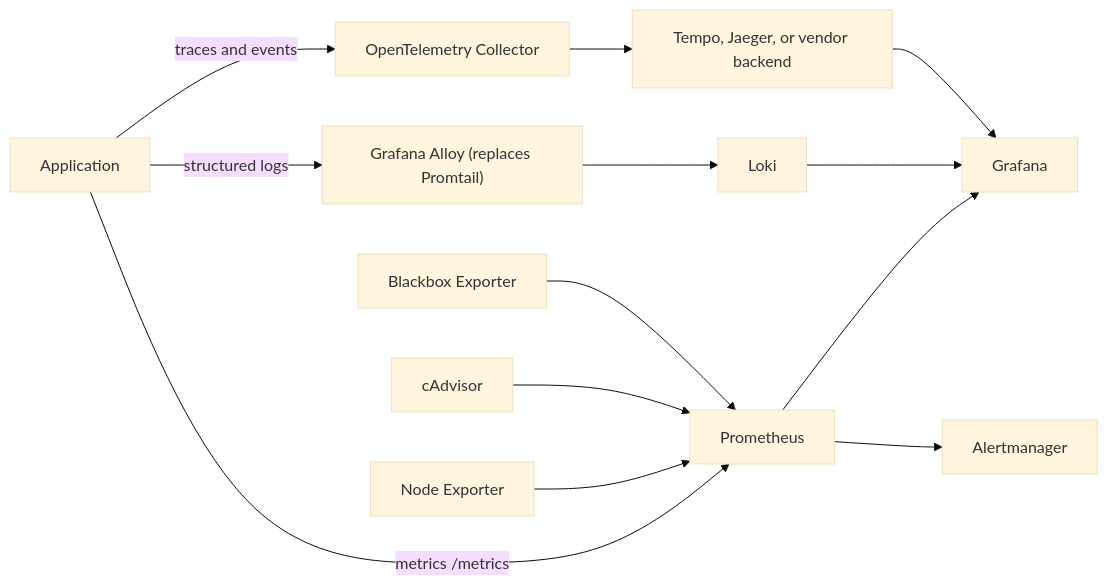
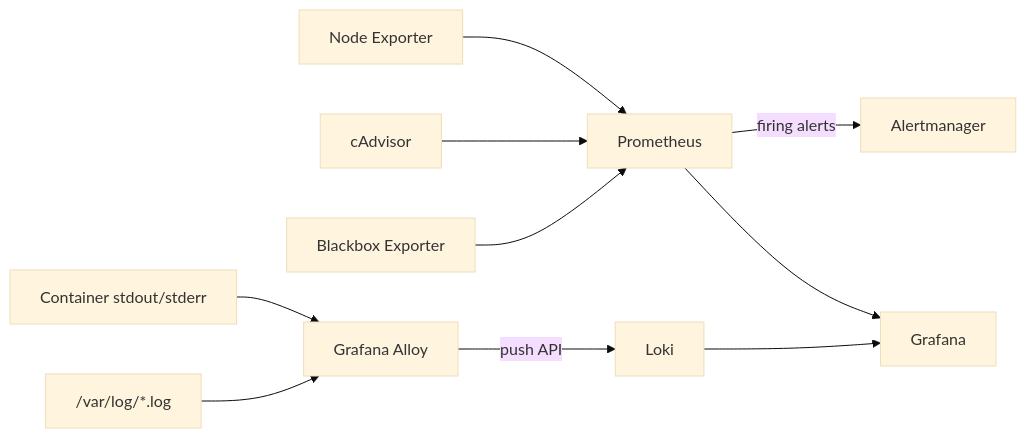
Before and after one commit to sameeralam3127/compute-central-docs: the diagram in docs/monitoring-tools/overview.md, drawn with Mermaid (base theme). The commit also changed other lines of this file and 188 other files, not shown here.

````diff
--- a/docs/monitoring-tools/overview.md
+++ b/docs/monitoring-tools/overview.md
@@ -33,15 +35,12 @@
 ```mermaid
 flowchart LR
-  App["Application"] -->|"metrics /metrics"| Prometheus
-  App -->|"structured logs"| Alloy["Grafana Alloy (replaces Promtail)"]
-  App -->|"traces and events"| OTel["OpenTelemetry Collector"]
   Node["Node Exporter"] --> Prometheus
   Cadvisor["cAdvisor"] --> Prometheus
   Blackbox["Blackbox Exporter"] --> Prometheus
+  Prometheus -->|"firing alerts"| Alertmanager
   Prometheus --> Grafana
-  Prometheus --> Alertmanager
-  Alloy --> Loki
+  Containers["Container stdout/stderr"] --> Alloy["Grafana Alloy"]
+  HostLogs["/var/log/*.log"] --> Alloy
+  Alloy -->|"push API"| Loki
   Loki --> Grafana
-  OTel --> TraceStore["Tempo, Jaeger, or vendor backend"]
-  TraceStore --> Grafana
 ```
````
